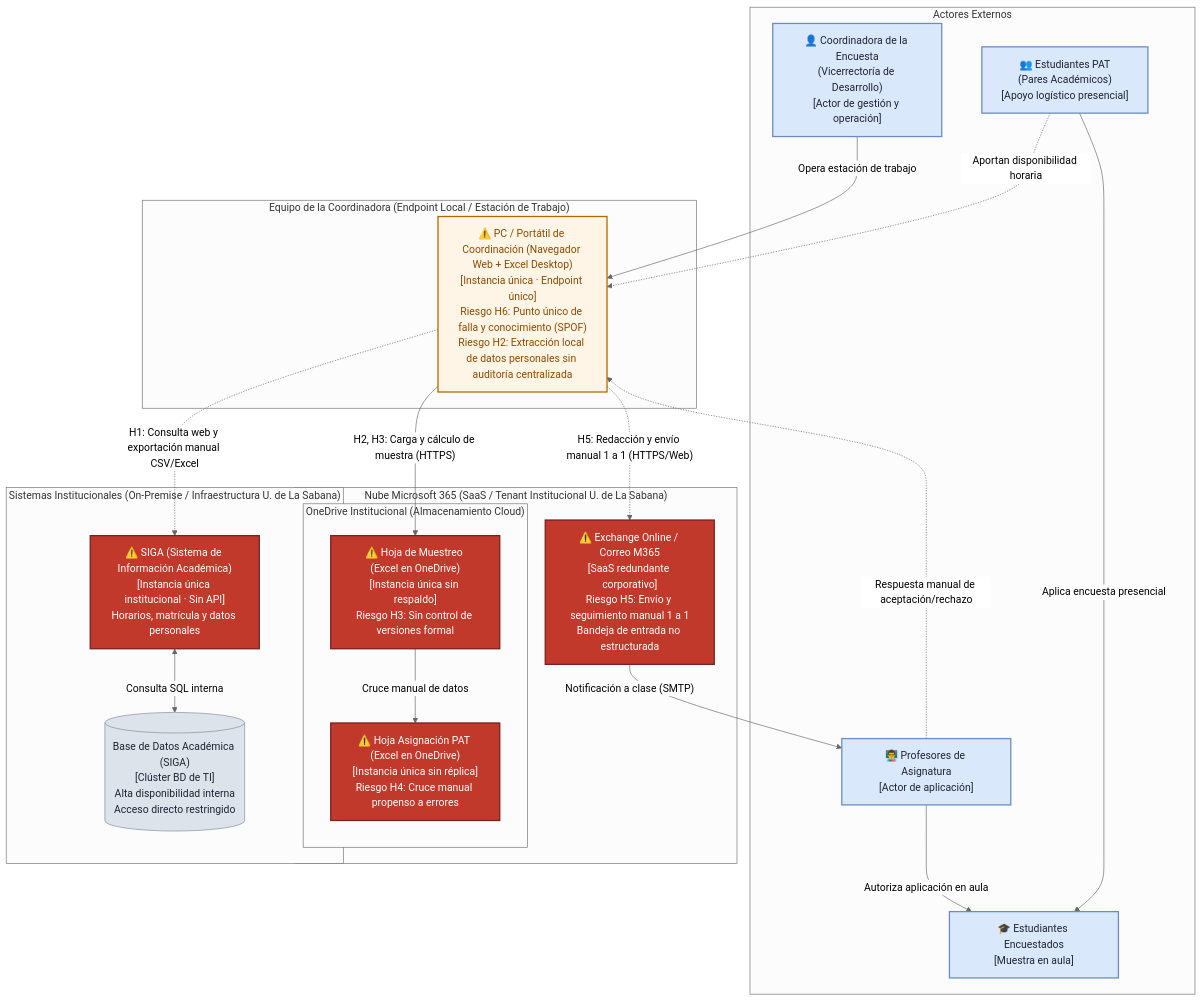
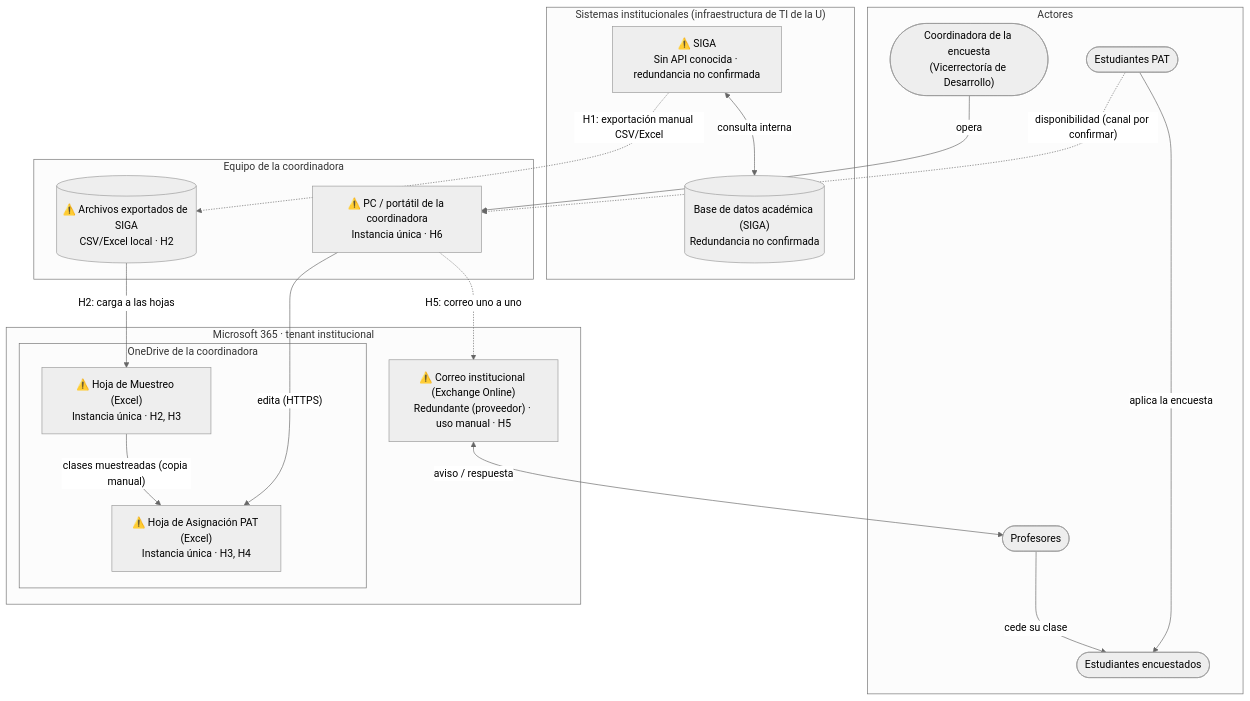
One commit to Wax-01/Infraestructura-taller changed the diagram in Entrega/informe.md. Above: the diagram before and after it, drawn with Mermaid (neutral theme). The commit also changed other lines of this file and 1 other file, not shown here.

````diff
--- a/Entrega/informe.md
+++ b/Entrega/informe.md
@@ -107,49 +113,39 @@
 ```mermaid
 flowchart TB
-    subgraph ACT_EXT["Actores Externos"]
-        coord["👤 Coordinadora de la Encuesta\n(Vicerrectoría de Desarrollo)\n[Actor de gestión y operación]"]
-        pat["👥 Estudiantes PAT\n(Pares Académicos)\n[Apoyo logístico presencial]"]
-        prof["👨‍🏫 Profesores de Asignatura\n[Actor de aplicación]"]
-        est["🎓 Estudiantes Encuestados\n[Muestra en aula]"]
+    subgraph ACT["Actores"]
+        coord(["Coordinadora de la encuesta<br/>(Vicerrectoría de Desarrollo)"])
+        pat(["Estudiantes PAT"])
+        prof(["Profesores"])
+        est(["Estudiantes encuestados"])
     end
 
-    subgraph CAPA_INST["Sistemas Institucionales (On-Premise / Infraestructura U. de La Sabana)"]
-        siga["⚠️ SIGA (Sistema de Información Académica)\n[Instancia única institucional · Sin API]\nHorarios, matrícula y datos personales"]
-        db_siga[("Base de Datos Académica (SIGA)\n[Clúster BD de TI]\nAlta disponibilidad interna\nAcceso directo restringido")]
-        siga <-->|"Consulta SQL interna"| db_siga
+    subgraph INST["Sistemas institucionales (infraestructura de TI de la U)"]
+        siga["⚠️ SIGA<br/>Sin API conocida · redundancia no confirmada"]
+        db[("Base de datos académica (SIGA)<br/>Redundancia no confirmada")]
+        siga <-->|"consulta interna"| db
     end
 
-    subgraph CAPA_M365["Nube Microsoft 365 (SaaS / Tenant Institucional U. de La Sabana)"]
-        subgraph ONEDRIVE["OneDrive Institucional (Almacenamiento Cloud)"]
-            h_mues["⚠️ Hoja de Muestreo (Excel en OneDrive)\n[Instancia única sin respaldo]\nRiesgo H3: Sin control de versiones formal"]
-            h_pat["⚠️ Hoja Asignación PAT (Excel en OneDrive)\n[Instancia única sin réplica]\nRiesgo H4: Cruce manual propenso a errores"]
-            h_mues -->|"Cruce manual de datos"| h_pat
+    subgraph M365["Microsoft 365 · tenant institucional"]
+        subgraph OD["OneDrive de la coordinadora"]
+            hm["⚠️ Hoja de Muestreo (Excel)<br/>Instancia única · H2, H3"]
+            hp["⚠️ Hoja de Asignación PAT (Excel)<br/>Instancia única · H3, H4"]
+            hm -->|"clases muestreadas (copia manual)"| hp
         end
-        exchange["⚠️ Exchange Online / Correo M365\n[SaaS redundante corporativo]\nRiesgo H5: Envío y seguimiento manual 1 a 1\nBandeja de entrada no estructurada"]
+        ex["⚠️ Correo institucional (Exchange Online)<br/>Redundante (proveedor) · uso manual · H5"]
     end
 
-    subgraph CAPA_PC["Equipo de la Coordinadora (Endpoint Local / Estación de Trabajo)"]
-        pc["⚠️ PC / Portátil de Coordinación (Navegador Web + Excel Desktop)\n[Instancia única · Endpoint único]\nRiesgo H6: Punto único de falla y conocimiento (SPOF)\nRiesgo H2: Extracción local de datos personales sin auditoría centralizada"]
+    subgraph PCZ["Equipo de la coordinadora"]
+        pc["⚠️ PC / portátil de la coordinadora<br/>Instancia única · H6"]
+        exp[("⚠️ Archivos exportados de SIGA<br/>CSV/Excel local · H2")]
     end
 
-    %% Relaciones
-    coord -->|"Opera estación de trabajo"| pc
-    pc -.->|"H1: Consulta web y exportación manual CSV/Excel"| siga
-    pc -->|"H2, H3: Carga y cálculo de muestra (HTTPS)"| h_mues
-    pat -.->|"Aportan disponibilidad horaria"| pc
-    pc -.->|"H5: Redacción y envío manual 1 a 1 (HTTPS/Web)"| exchange
-    exchange -->|"Notificación a clase (SMTP)"| prof
-    prof -.->|"Respuesta manual de aceptación/rechazo"| pc
-    prof -->|"Autoriza aplicación en aula"| est
-    pat -->|"Aplica encuesta presencial"| est
-
-    classDef risk fill:#c0392b,color:#fff,stroke:#7b1f1f,stroke-width:2px;
-    classDef warning fill:#fff5e6,color:#8c4a00,stroke:#b26a00,stroke-width:2px;
-    classDef actor fill:#dae8fc,color:#1d2433,stroke:#6c8ebf,stroke-width:2px;
-    classDef db fill:#dde3ea,color:#1d2433,stroke:#7f8c9a;
-
-    class siga,h_mues,h_pat,exchange risk;
-    class pc warning;
-    class coord,pat,prof,est actor;
-    class db_siga db;
+    coord -->|"opera"| pc
+    siga -.->|"H1: exportación manual CSV/Excel"| exp
+    exp -->|"H2: carga a las hojas"| hm
+    pc -->|"edita (HTTPS)"| hp
+    pat -.->|"disponibilidad (canal por confirmar)"| pc
+    pc -.->|"H5: correo uno a uno"| ex
+    ex <-->|"aviso / respuesta"| prof
+    prof -->|"cede su clase"| est
+    pat -->|"aplica la encuesta"| est
 ```
````
